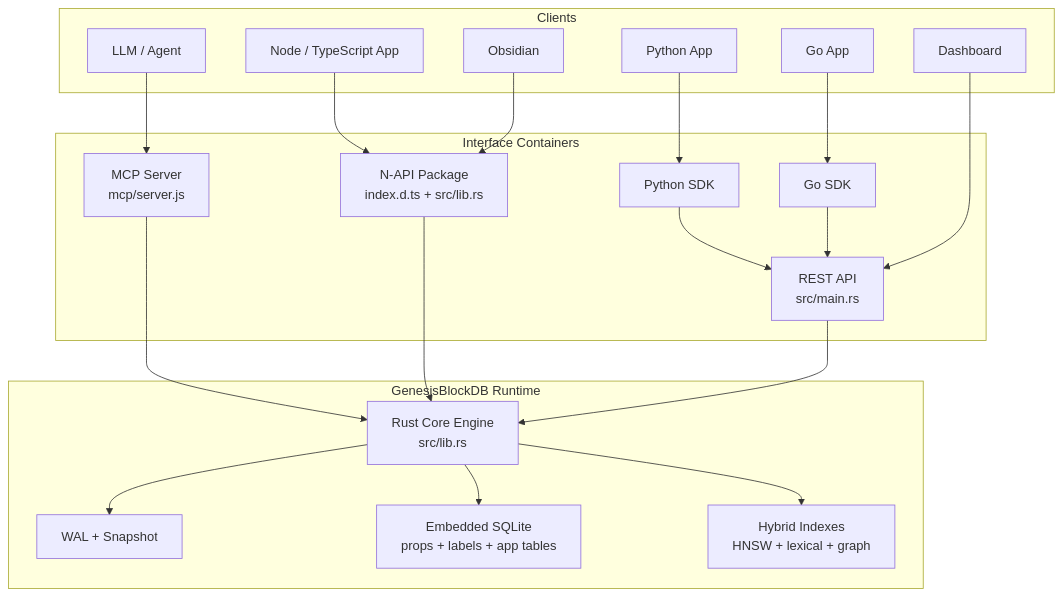
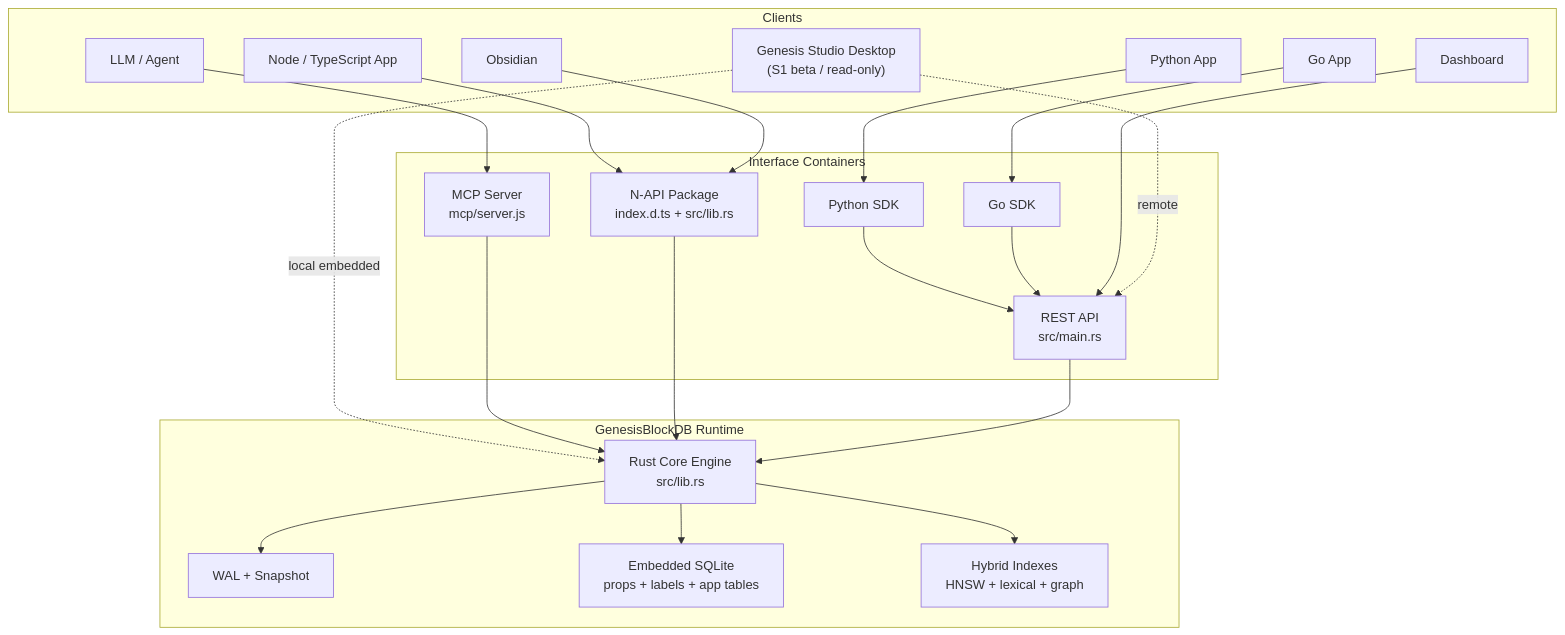
Before and after one commit to Freshair129/GenesisBlock: the second of 2 diagrams in docs/C4--GENESISDB-ARCHITECTURE.md, drawn with Mermaid. The commit also changed other lines of this file and 45 other files, not shown here.

Commit message:
feat: add Genesis Studio read-only controller

````diff
--- a/docs/C4--GENESISDB-ARCHITECTURE.md
+++ b/docs/C4--GENESISDB-ARCHITECTURE.md
@@ -96,39 +100,42 @@
 ```mermaid
 flowchart TB
     subgraph clients["Clients"]
         llm["LLM / Agent"]
         ts["Node / TypeScript App"]
         py["Python App"]
         go["Go App"]
         ui["Dashboard"]
+        studio["Genesis Studio Desktop\n(S1 beta / read-only)"]
         obs["Obsidian"]
     end
 
     subgraph interfaces["Interface Containers"]
         mcp["MCP Server\nmcp/server.js"]
         napi["N-API Package\nindex.d.ts + src/lib.rs"]
         rest["REST API\nsrc/main.rs"]
         sdkpy["Python SDK"]
         sdkgo["Go SDK"]
     end
 
     subgraph engine["GenesisBlockDB Runtime"]
         core["Rust Core Engine\nsrc/lib.rs"]
         wal["WAL + Snapshot"]
         sqlite["Embedded SQLite\nprops + labels + app tables"]
         index["Hybrid Indexes\nHNSW + lexical + graph"]
     end
 
     llm --> mcp
     ts --> napi
     py --> sdkpy --> rest
     go --> sdkgo --> rest
     ui --> rest
+    studio -. remote .-> rest
+    studio -. local embedded .-> core
     obs --> napi
     mcp --> core
     napi --> core
     rest --> core
     core --> wal
     core --> sqlite
     core --> index
 ```
````
